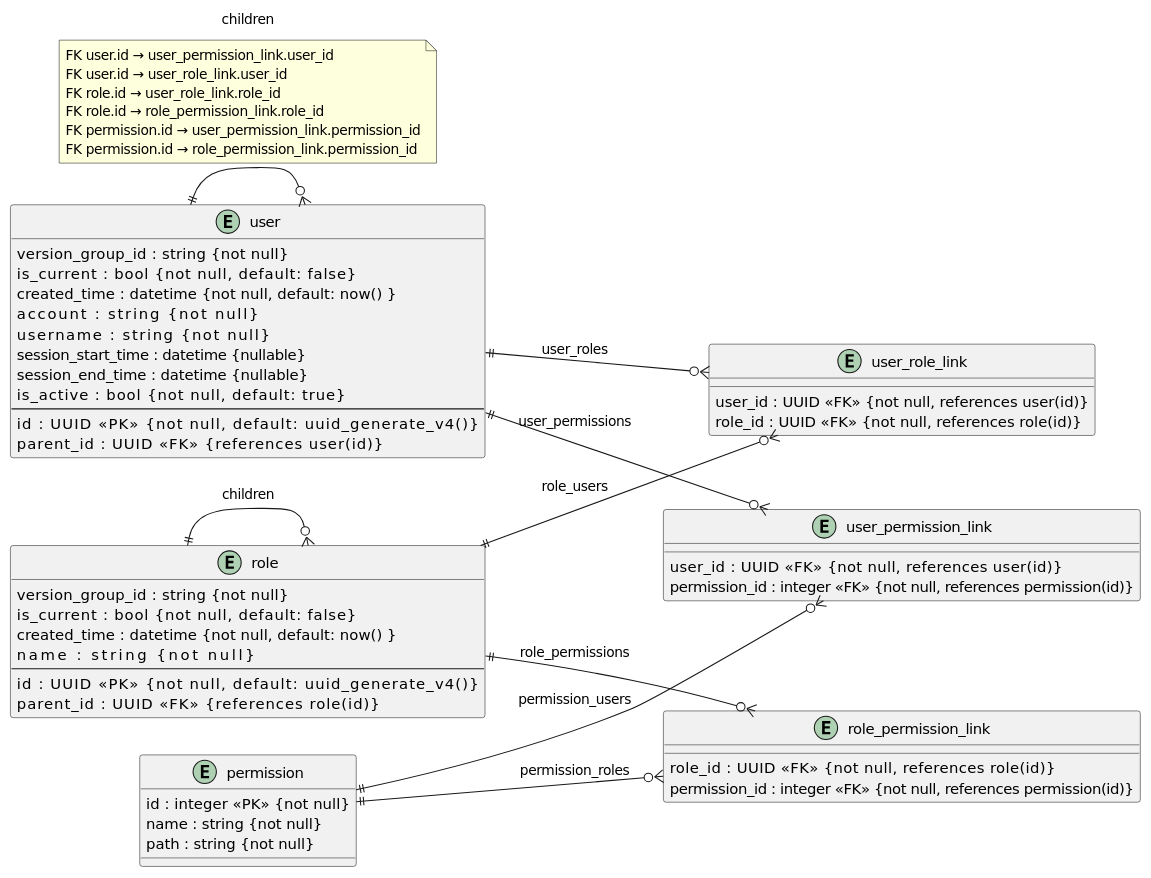
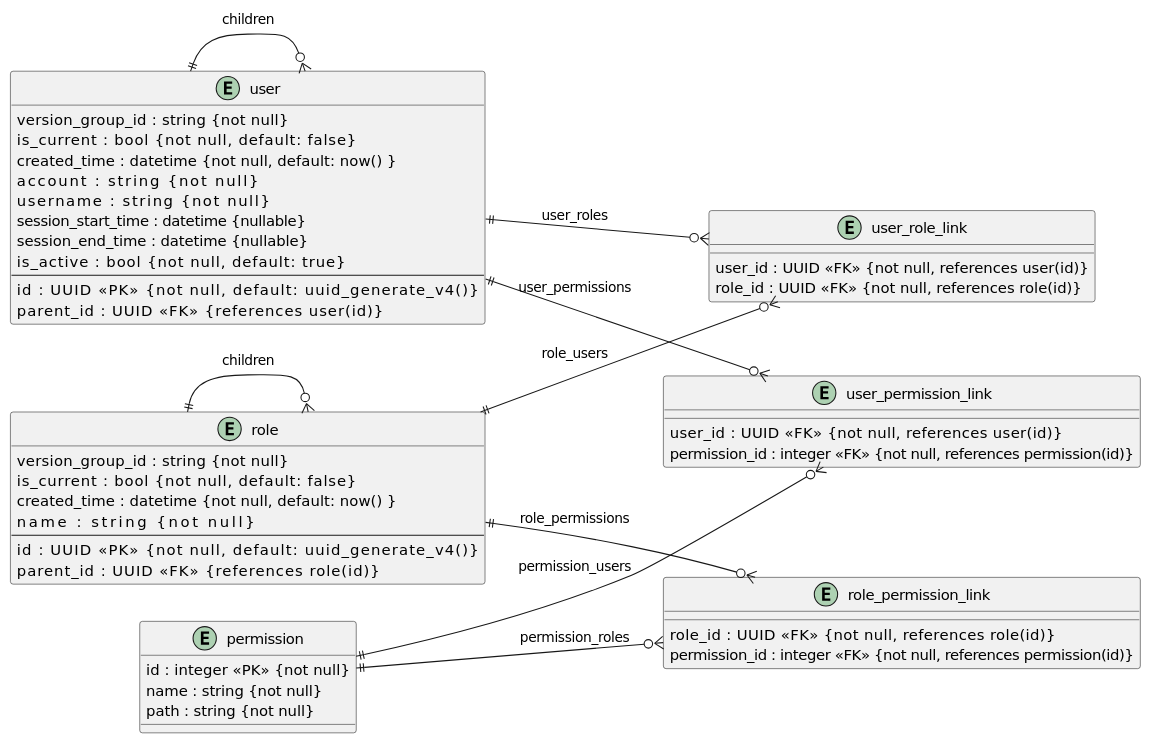
The diagram in plantUML/database/model/user.puml (walle45611/NTUB_SecuManag_Diagram), drawn with PlantUML before and after one commit. The commit also changed 9 other files, not shown here.

Commit message:
(feat): 更新資料庫關聯 UML 圖

```diff
--- a/plantUML/database/model/user.puml
+++ b/plantUML/database/model/user.puml
@@ -1,66 +1,66 @@
 @startuml
 ' skinparam linetype ortho
 left to right direction
 
 entity "user" as USR {
     version_group_id      : string    {not null}
     is_current            : bool      {not null, default: false}
     created_time          : datetime  {not null, default: now() }
     account               : string    {not null}
     username              : string    {not null}
     session_start_time    : datetime  {nullable}
     session_end_time      : datetime  {nullable}
     is_active             : bool      {not null, default: true}
     --
     id                    : UUID      <<PK>>  {not null, default: uuid_generate_v4()}
     parent_id             : UUID      <<FK>>  {references user(id)}
 }
 USR ||--o{ USR : children
 
-note on link
-  FK user.id → user_permission_link.user_id
-  FK user.id → user_role_link.user_id
-  FK role.id → user_role_link.role_id
-  FK role.id → role_permission_link.role_id
-  FK permission.id → user_permission_link.permission_id
-  FK permission.id → role_permission_link.permission_id
-end note
+' note on link
+'   FK user.id → user_permission_link.user_id
+'   FK user.id → user_role_link.user_id
+'   FK role.id → user_role_link.role_id
+'   FK role.id → role_permission_link.role_id
+'   FK permission.id → user_permission_link.permission_id
+'   FK permission.id → role_permission_link.permission_id
+' end note
 
 entity "role" as ROL {
     version_group_id      : string    {not null}
     is_current            : bool      {not null, default: false}
     created_time          : datetime  {not null, default: now() }
     name                  : string    {not null}
     --
     id                    : UUID      <<PK>>  {not null, default: uuid_generate_v4()}
     parent_id             : UUID      <<FK>>  {references role(id)}
 }
 ROL ||--o{ ROL : children
 
 entity "permission" as PER {
     id    : integer   <<PK>>  {not null}
     name  : string    {not null}
     path  : string    {not null}
 }
 
 entity "user_permission_link" as UPL {
     user_id        : UUID      <<FK>>  {not null, references user(id)}
     permission_id  : integer   <<FK>>  {not null, references permission(id)}
 }
 USR ||--o{ UPL : user_permissions
 PER ||--o{ UPL : permission_users
 
 entity "role_permission_link" as RPL {
     role_id        : UUID      <<FK>>  {not null, references role(id)}
     permission_id  : integer   <<FK>>  {not null, references permission(id)}
 }
 ROL ||--o{ RPL : role_permissions
 PER ||--o{ RPL : permission_roles
 
 entity "user_role_link" as URL {
     user_id   : UUID      <<FK>>  {not null, references user(id)}
     role_id   : UUID      <<FK>>  {not null, references role(id)}
 }
 USR ||--o{ URL : user_roles
 ROL ||--o{ URL : role_users
 @enduml
```
